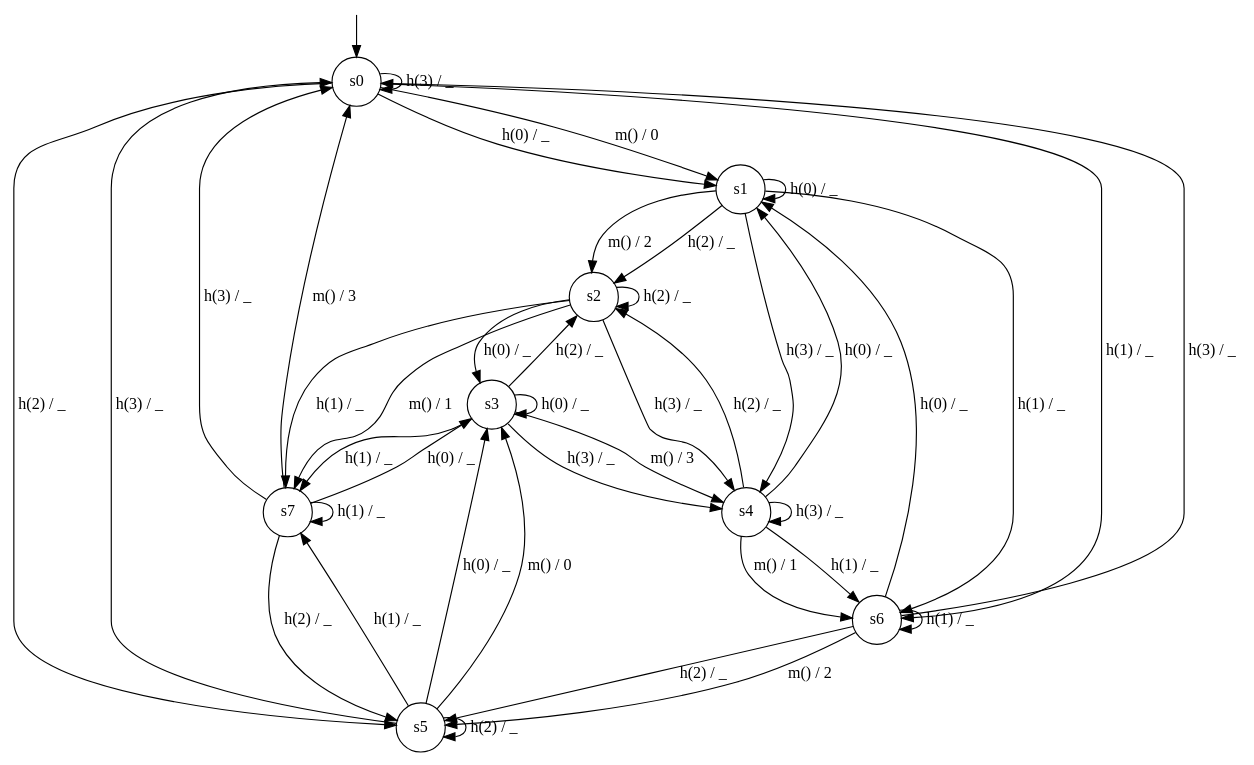
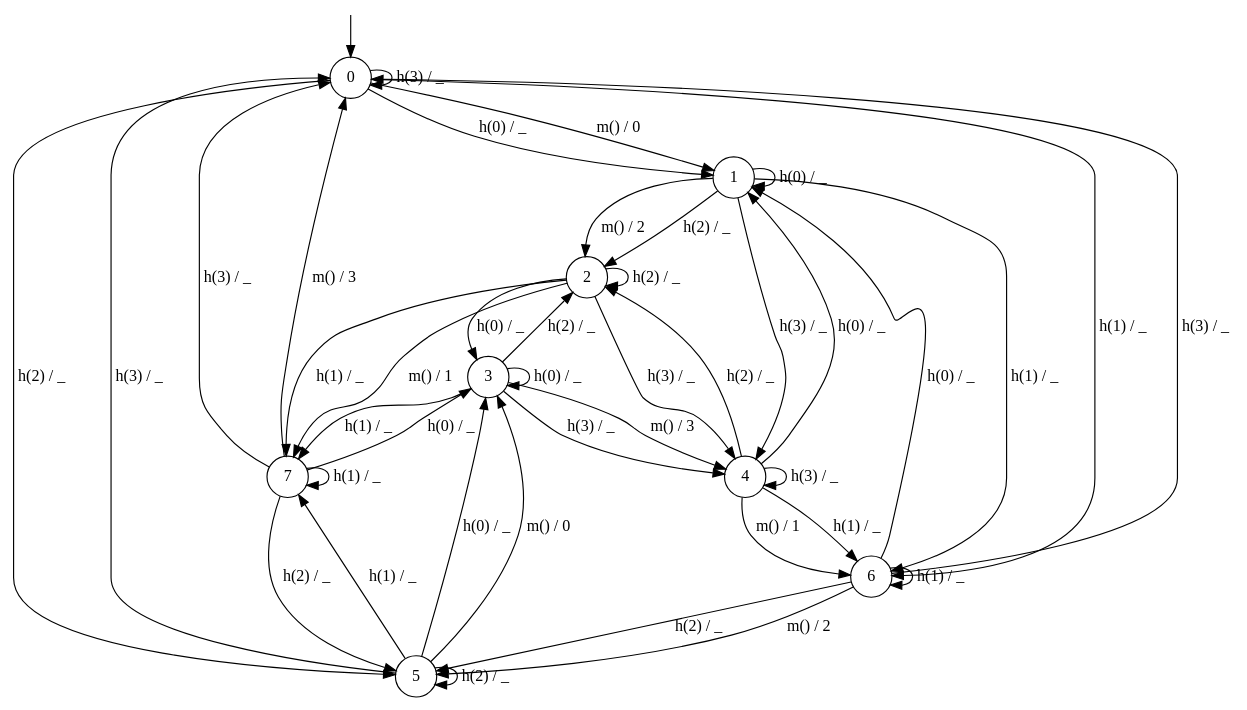
The diagram in models/simul/plru_4.dot (cgvwzq/polca), drawn with Graphviz before and after one commit.

Commit message:
fix reference model for plru

```diff
--- a/models/simul/plru_4.dot
+++ b/models/simul/plru_4.dot
@@ -1,55 +1,55 @@
 digraph g {
 
-	s0 [shape="circle" label="s0"];
-	s1 [shape="circle" label="s1"];
-	s2 [shape="circle" label="s2"];
-	s3 [shape="circle" label="s3"];
-	s4 [shape="circle" label="s4"];
-	s5 [shape="circle" label="s5"];
-	s6 [shape="circle" label="s6"];
-	s7 [shape="circle" label="s7"];
+	s0 [shape="circle" label="0"];
+	s1 [shape="circle" label="1"];
+	s2 [shape="circle" label="2"];
+	s3 [shape="circle" label="3"];
+	s4 [shape="circle" label="4"];
+	s5 [shape="circle" label="5"];
+	s6 [shape="circle" label="6"];
+	s7 [shape="circle" label="7"];
 	s0 -> s1 [label="h(0) / _"];
 	s0 -> s6 [label="h(1) / _"];
 	s0 -> s5 [label="h(2) / _"];
 	s0 -> s0 [label="h(3) / _"];
 	s0 -> s1 [label="m() / 0"];
 	s1 -> s1 [label="h(0) / _"];
 	s1 -> s6 [label="h(1) / _"];
 	s1 -> s2 [label="h(2) / _"];
 	s1 -> s4 [label="h(3) / _"];
 	s1 -> s2 [label="m() / 2"];
 	s2 -> s3 [label="h(0) / _"];
 	s2 -> s7 [label="h(1) / _"];
 	s2 -> s2 [label="h(2) / _"];
 	s2 -> s4 [label="h(3) / _"];
 	s2 -> s7 [label="m() / 1"];
 	s3 -> s3 [label="h(0) / _"];
 	s3 -> s7 [label="h(1) / _"];
 	s3 -> s2 [label="h(2) / _"];
 	s3 -> s4 [label="h(3) / _"];
 	s3 -> s4 [label="m() / 3"];
 	s4 -> s1 [label="h(0) / _"];
 	s4 -> s6 [label="h(1) / _"];
 	s4 -> s2 [label="h(2) / _"];
 	s4 -> s4 [label="h(3) / _"];
 	s4 -> s6 [label="m() / 1"];
 	s5 -> s3 [label="h(0) / _"];
 	s5 -> s7 [label="h(1) / _"];
 	s5 -> s5 [label="h(2) / _"];
 	s5 -> s0 [label="h(3) / _"];
 	s5 -> s3 [label="m() / 0"];
 	s6 -> s1 [label="h(0) / _"];
 	s6 -> s6 [label="h(1) / _"];
 	s6 -> s5 [label="h(2) / _"];
 	s6 -> s0 [label="h(3) / _"];
 	s6 -> s5 [label="m() / 2"];
 	s7 -> s3 [label="h(0) / _"];
 	s7 -> s7 [label="h(1) / _"];
 	s7 -> s5 [label="h(2) / _"];
 	s7 -> s0 [label="h(3) / _"];
 	s7 -> s0 [label="m() / 3"];
 
 __start0 [label="" shape="none" width="0" height="0"];
 __start0 -> s0;
 
 }
```
